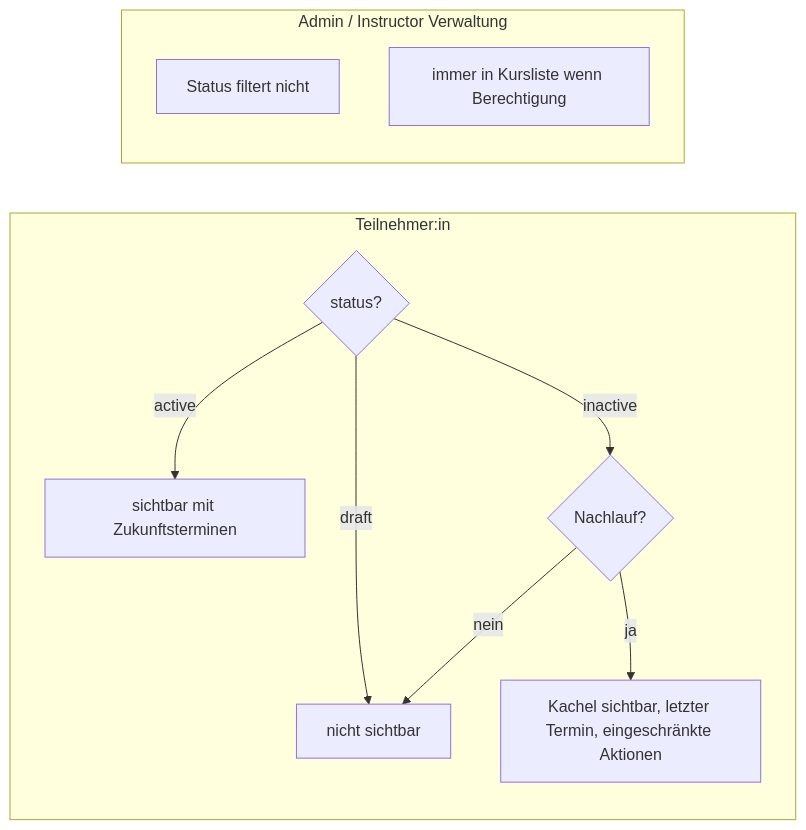
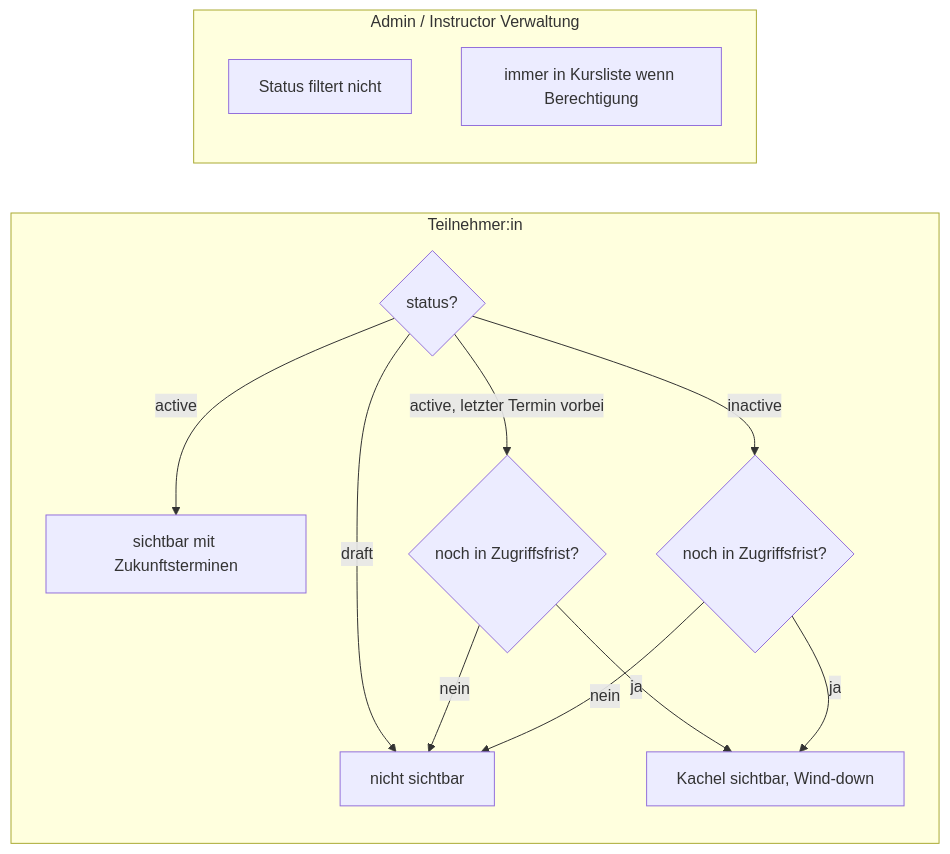
The first of 3 diagrams in docs/course-status-visibility.md (CurlyKarin/yogaswap), drawn with Mermaid before and after one commit. The commit also changed other lines of this file and 26 other files, not shown here.

````diff
--- a/docs/course-status-visibility.md
+++ b/docs/course-status-visibility.md
@@ -21,16 +21,19 @@
 ```mermaid
 flowchart LR
   subgraph participant [Teilnehmer:in]
     P1{status?}
     P1 -->|draft| PH[nicht sichtbar]
     P1 -->|active| PA[sichtbar mit Zukunftsterminen]
-    P1 -->|inactive| PI{Nachlauf?}
-    PI -->|ja| PG[Kachel sichtbar, letzter Termin, eingeschränkte Aktionen]
+    P1 -->|active, letzter Termin vorbei| PW{noch in Zugriffsfrist?}
+    PW -->|ja| PG[Kachel sichtbar, Wind-down]
+    PW -->|nein| PH
+    P1 -->|inactive| PI{noch in Zugriffsfrist?}
+    PI -->|ja| PG
     PI -->|nein| PH
   end
 
   subgraph admin [Admin / Instructor Verwaltung]
     A1[Status filtert nicht]
     A2[immer in Kursliste wenn Berechtigung]
   end
 ```
````
